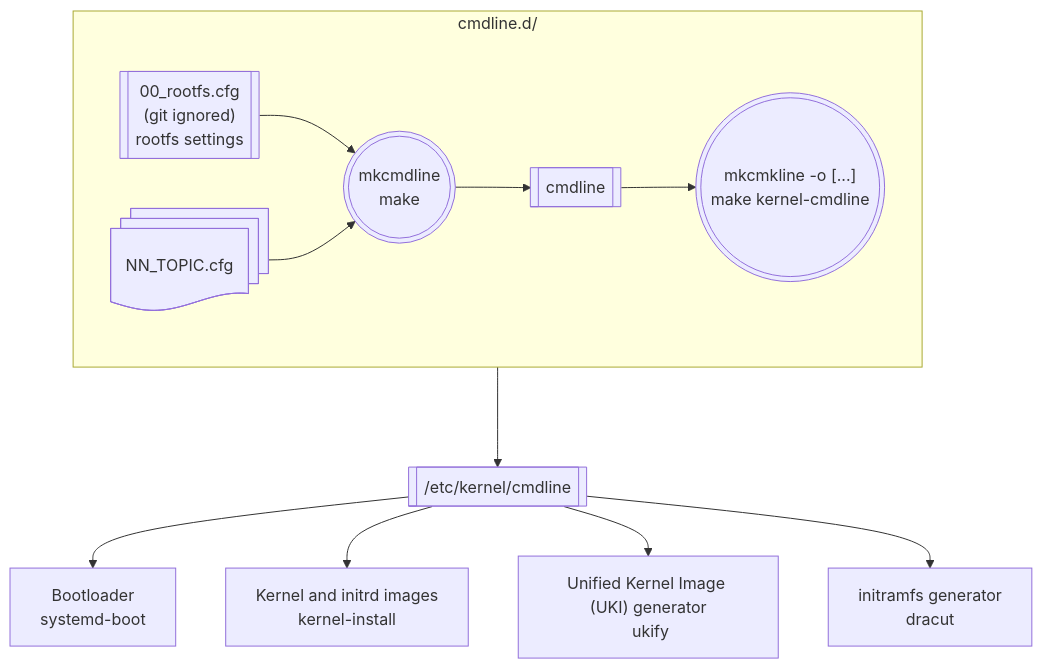
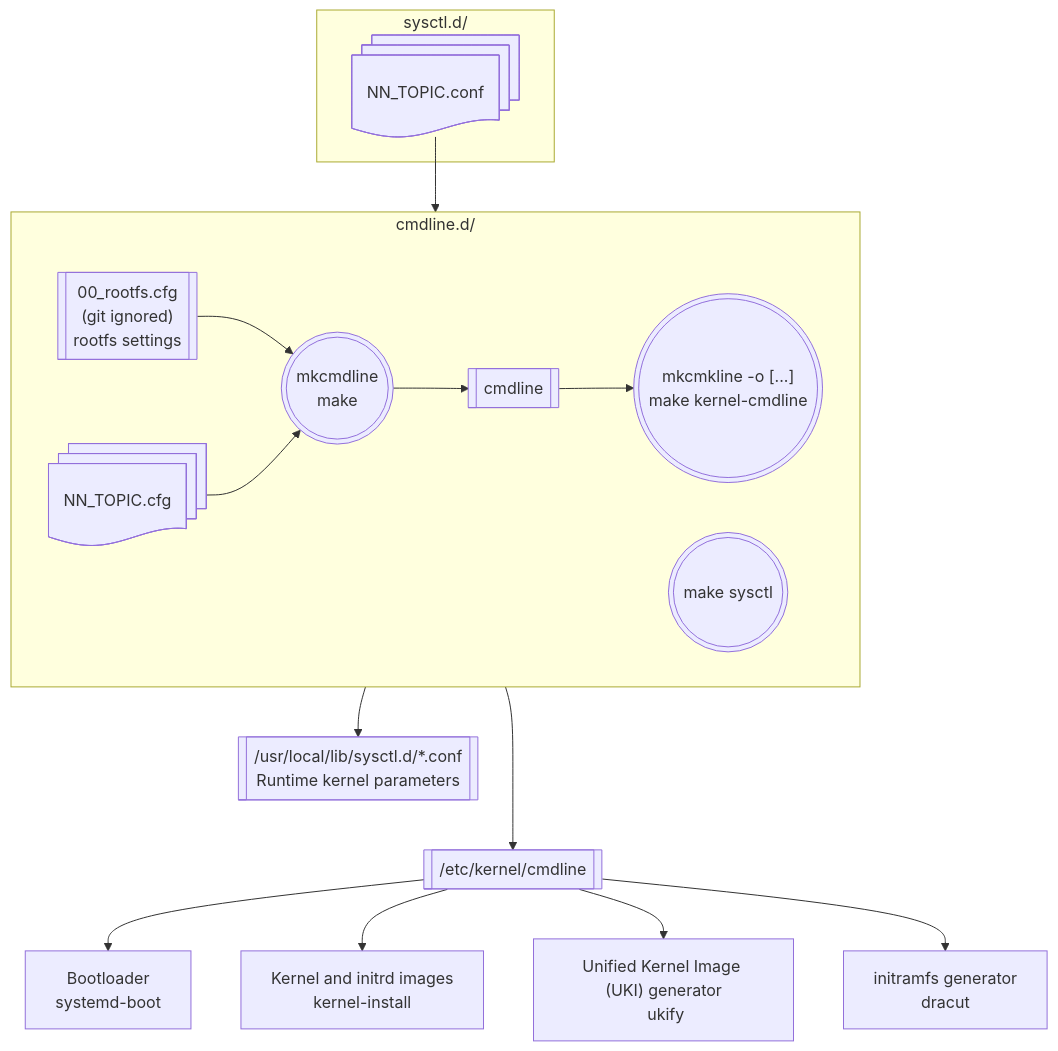
Before and after one commit to Falkor/mkcmdline: the diagram in README.md, drawn with Mermaid. The commit also changed other lines of this file and 11 other files, not shown here.

````diff
--- a/README.md
+++ b/README.md
@@ -23,17 +27,24 @@
 ```mermaid
 flowchart TB
  subgraph cmdline.d/
  	direction LR
      rootfs[["00_rootfs.cfg\n(git ignored)\n rootfs settings"]]
      cfg@{ shape: docs, label: "NN_TOPIC.cfg"}
      script((("mkcmdline\nmake"))) --> out[[cmdline]] --> make((("mkcmkline -o [...]\nmake kernel-cmdline")))
+     deploy((("make sysctl")))
      rootfs  --> script
      cfg   --> script
  end
  k[[/etc/kernel/cmdline]]
+ subgraph sysctl.d/
+   sysctl@{ shape: docs, label: "NN_TOPIC.conf"}
+   sysctl --> deploy
+ end
+ sysctl_d[["/usr/local/lib/sysctl.d/*.conf\nRuntime kernel parameters"]]
  make ---> k
+ deploy --> sysctl_d
  k --> bl["Bootloader\nsystemd-boot"]
  k --> kinst["Kernel and initrd images\nkernel-install"]
  k --> uki["Unified Kernel Image (UKI) generator\n ukify"]
  k --> dracut["initramfs generator\ndracut"]
 ```
````
